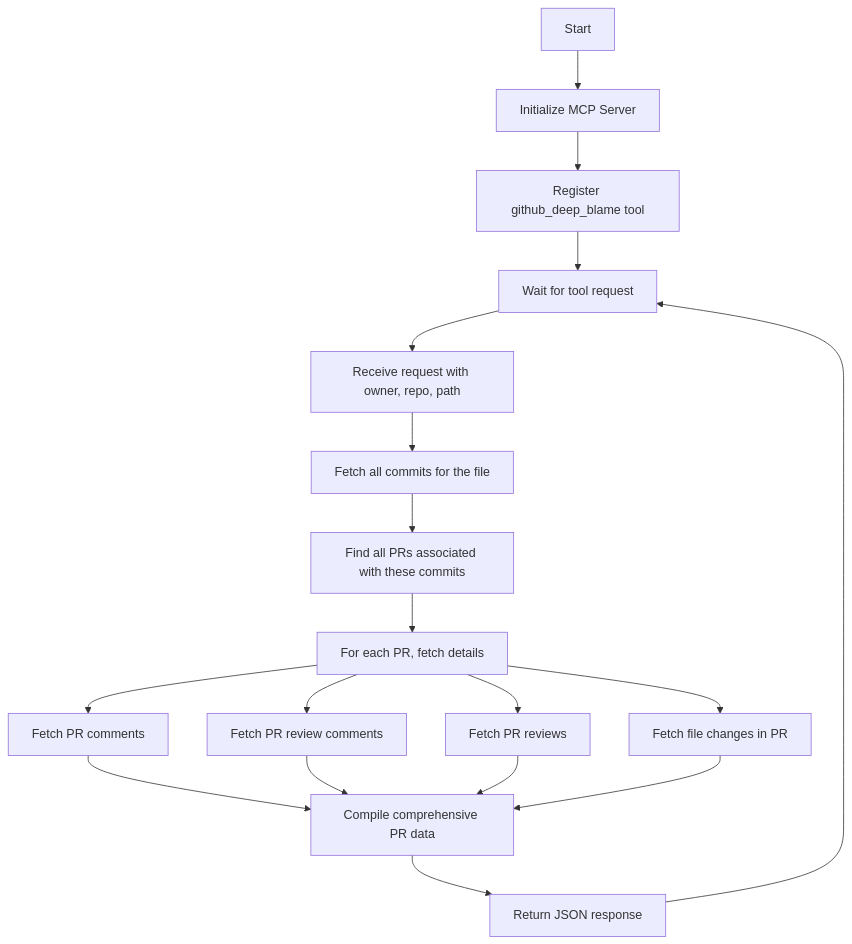
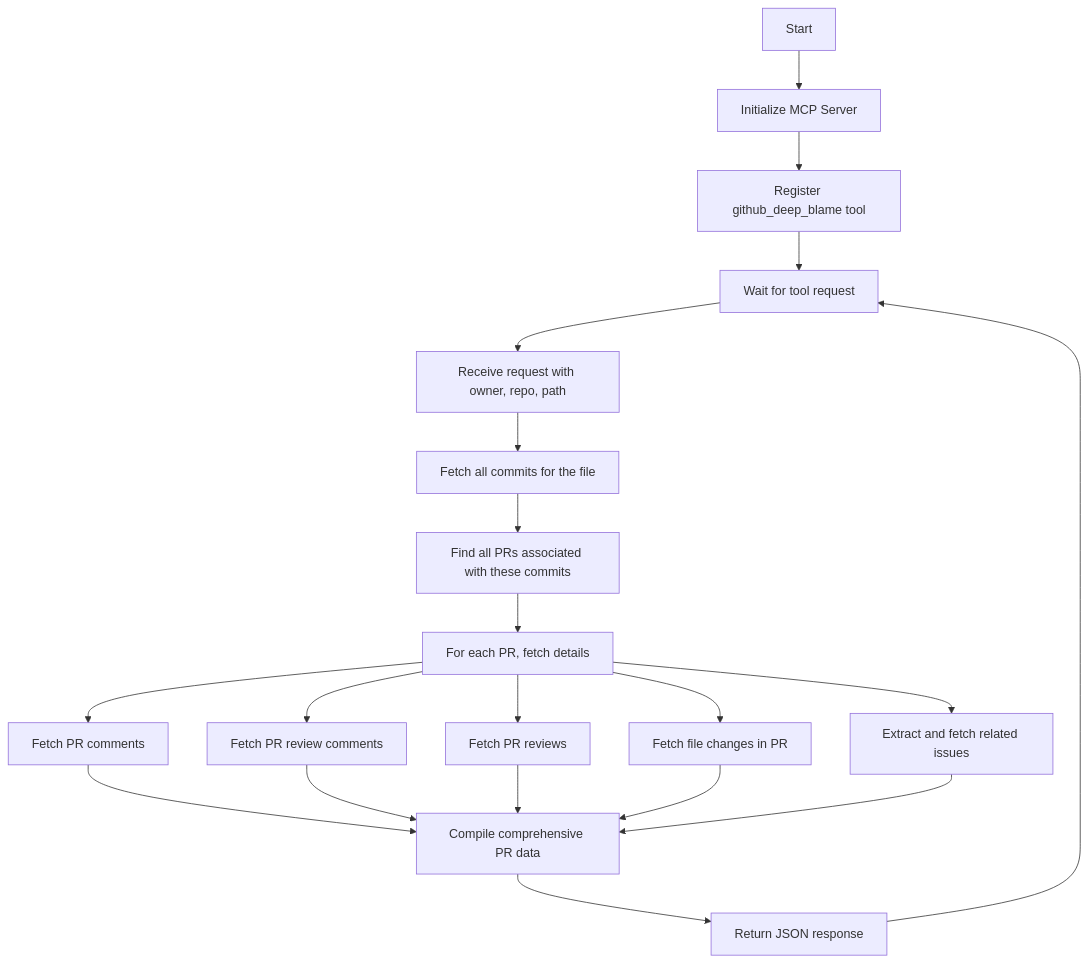
The diagram in README.md (gtnao/github_deep_blame_mcp), drawn with Mermaid before and after one commit. The commit also changed 1 other file, not shown here.

Commit message:
Update texts.

````diff
--- a/README.md
+++ b/README.md
@@ -85,17 +85,18 @@
 ```mermaid
 flowchart TD
     A[Start] --> B[Initialize MCP Server]
     B --> C[Register github_deep_blame tool]
     C --> D[Wait for tool request]
     D --> E[Receive request with owner, repo, path]
     E --> F[Fetch all commits for the file]
     F --> G[Find all PRs associated with these commits]
     G --> H[For each PR, fetch details]
     H --> I[Fetch PR comments]
     H --> J[Fetch PR review comments]
     H --> K[Fetch PR reviews]
     H --> L[Fetch file changes in PR]
-    I & J & K & L --> M[Compile comprehensive PR data]
+    H --> O[Extract and fetch related issues]
+    I & J & K & L & O --> M[Compile comprehensive PR data]
     M --> N[Return JSON response]
     N --> D
 ```
````
